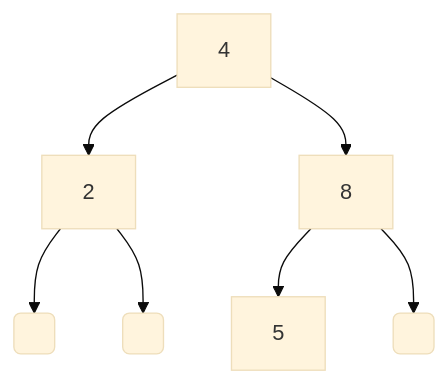
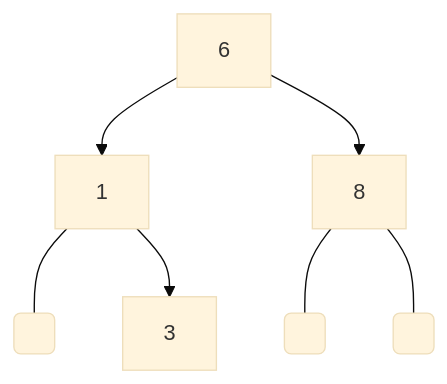
One commit to 4nt0ineB/MyLittleCLibrary changed the first of 4 diagrams in docs/data-structures/trees.md. Above: the diagram before and after it, drawn with Mermaid (base theme). The commit also changed other lines of this file and 4 other files, not shown here.

````diff
--- a/docs/data-structures/trees.md
+++ b/docs/data-structures/trees.md
@@ -17,9 +5,9 @@
 ```mermaid
 flowchart TB
-  4 --> 2
-  2 --> e0( )
-	2 --> e1( )
-	4 --> 8
-	8 --> 5
-	8 --> e2( )
+    6 --> 1
+    1 --- e0( )
+	1 --> 3
+	6 --> 8
+	8 --- e1( )
+	8 --- e2( )
 ```
````
